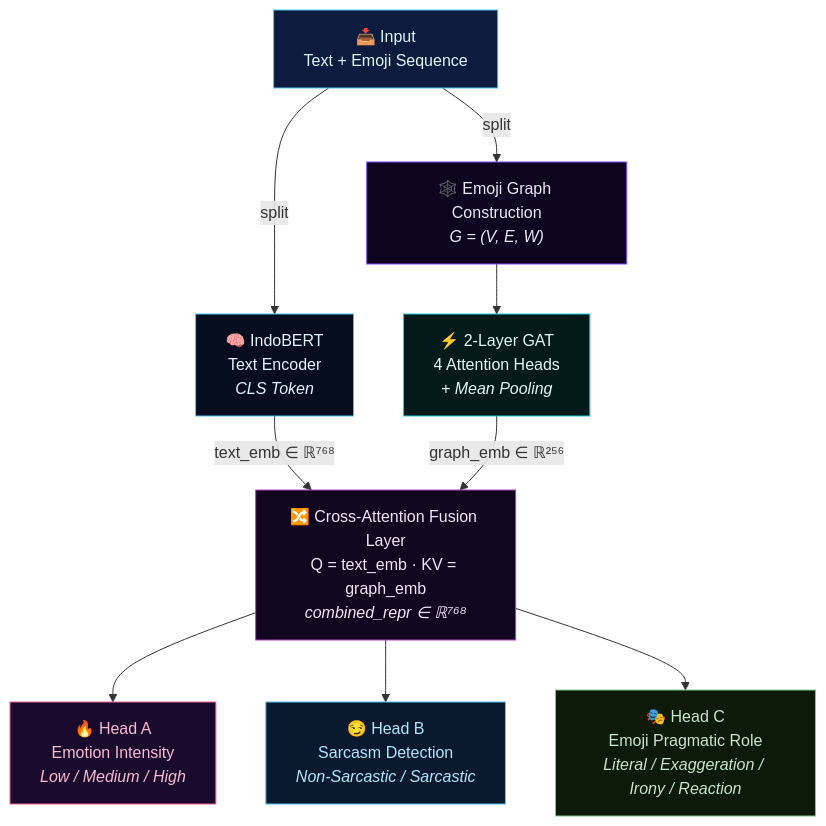
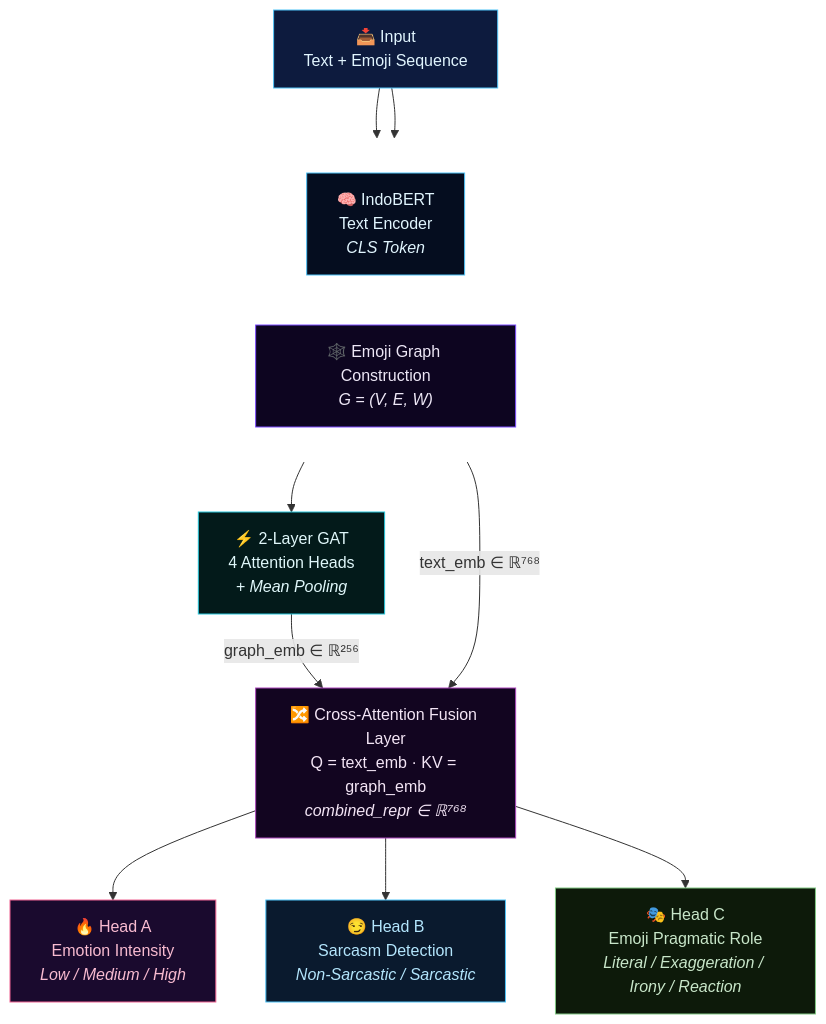
Before and after one commit to f4tahitsYours/epgt-multimodal-hate-speech-detection: the diagram in README.md, drawn with Mermaid.

Commit message:
feat: initial release v0.1.0-poc — EPGT proof of concept

````diff
--- a/README.md
+++ b/README.md
@@ -93,35 +93,36 @@
 ```mermaid
 flowchart TD
     INPUT["📥 Input<br/>Text + Emoji Sequence"]
 
-    INPUT -->|split| BERT
-    INPUT -->|split| GRAPH
+    INPUT --> BERT
+    INPUT --> GRAPH
 
-    BERT["🧠 IndoBERT<br/>Text Encoder<br/><i>CLS Token</i>"]
-    GRAPH["🕸️ Emoji Graph Construction<br/><i>G = (V, E, W)</i>"]
+    subgraph ENCODERS[ ]
+        direction LR
+        BERT["🧠 IndoBERT<br/>Text Encoder<br/><i>CLS Token</i>"]
+        GRAPH["🕸️ Emoji Graph Construction<br/><i>G = (V, E, W)</i>"]
+    end
+
+    GRAPH --> GAT["⚡ 2-Layer GAT<br/>4 Attention Heads<br/><i>+ Mean Pooling</i>"]
 
     BERT -->|"text_emb ∈ ℝ⁷⁶⁸"| FUSION
-    GRAPH --> GAT
-
-    GAT["⚡ 2-Layer GAT<br/>4 Attention Heads<br/><i>+ Mean Pooling</i>"]
     GAT -->|"graph_emb ∈ ℝ²⁵⁶"| FUSION
 
     FUSION["🔀 Cross-Attention Fusion Layer<br/>Q = text_emb · KV = graph_emb<br/><i>combined_repr ∈ ℝ⁷⁶⁸</i>"]
 
-    FUSION --> HA
-    FUSION --> HB
-    FUSION --> HC
+    FUSION --> HA & HB & HC
 
     HA["🔥 Head A<br/>Emotion Intensity<br/><i>Low / Medium / High</i>"]
     HB["😏 Head B<br/>Sarcasm Detection<br/><i>Non-Sarcastic / Sarcastic</i>"]
     HC["🎭 Head C<br/>Emoji Pragmatic Role<br/><i>Literal / Exaggeration / Irony / Reaction</i>"]
 
     style INPUT fill:#0d1b3e,stroke:#4fc3f7,color:#e1f5fe
     style BERT fill:#050d1f,stroke:#4fc3f7,color:#e1f5fe
     style GRAPH fill:#0d0520,stroke:#7c4dff,color:#ede7f6
     style GAT fill:#031a1a,stroke:#26c6da,color:#e0f7fa
     style FUSION fill:#120520,stroke:#ab47bc,color:#f3e5f5
     style HA fill:#1a0a2e,stroke:#f06292,color:#f8bbd0
     style HB fill:#0a1a2e,stroke:#4fc3f7,color:#b3e5fc
     style HC fill:#0d1a0a,stroke:#81c784,color:#c8e6c9
+    style ENCODERS fill:transparent,stroke:#ffffff22
 ```
````
